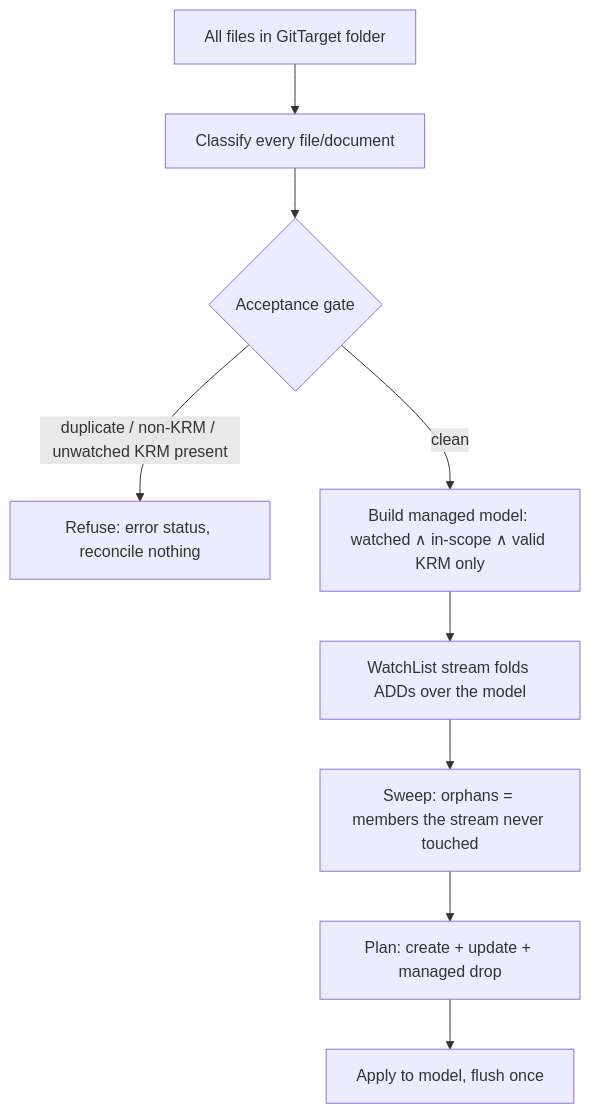
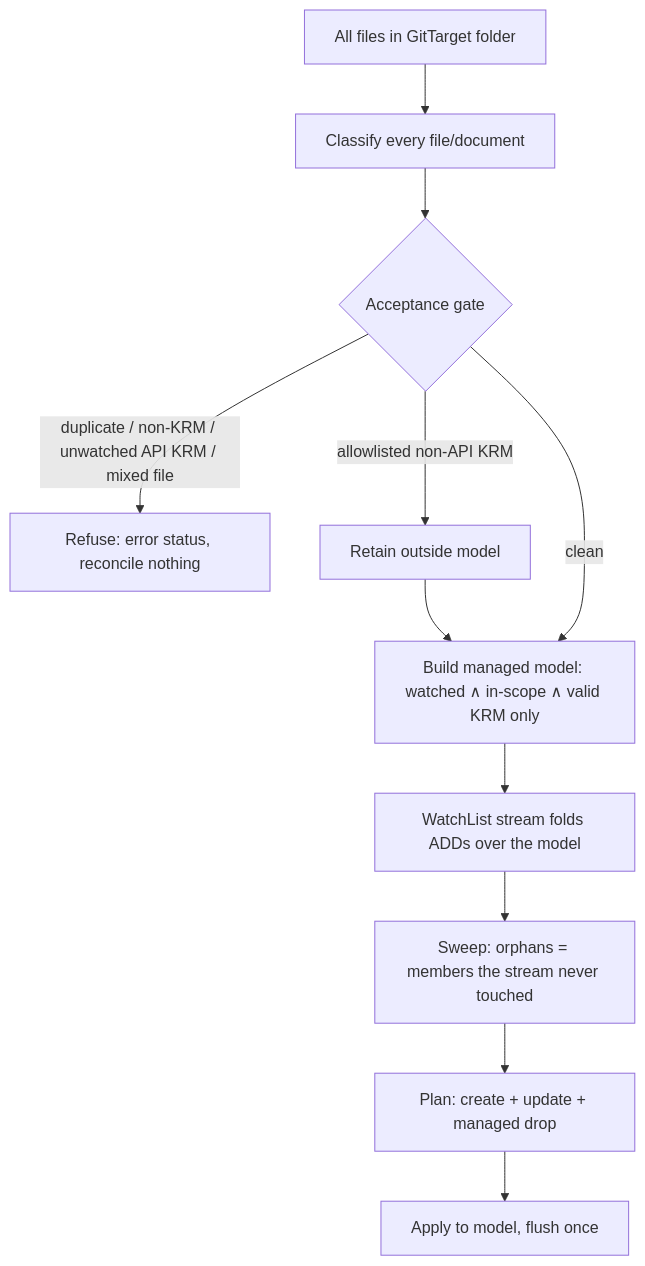
The diagram in docs/design/manifest/reconcile-via-watchlist-mark-and-sweep.md (ConfigButler/gitops-reverser), drawn with Mermaid before and after one commit. The commit also changed other lines of this file and 1 other file, not shown here.

````diff
--- a/docs/design/manifest/reconcile-via-watchlist-mark-and-sweep.md
+++ b/docs/design/manifest/reconcile-via-watchlist-mark-and-sweep.md
@@ -76,11 +75,13 @@
 ```mermaid
 flowchart TD
     A[All files in GitTarget folder] --> B[Classify every file/document]
     B --> C{Acceptance gate}
-    C -- duplicate / non-KRM / unwatched KRM present --> R[Refuse: error status, reconcile nothing]
+    C -- duplicate / non-KRM / unwatched API KRM / mixed file --> R[Refuse: error status, reconcile nothing]
+    C -- allowlisted non-API KRM --> X[Retain outside model]
+    X --> D
     C -- clean --> D[Build managed model: watched ∧ in-scope ∧ valid KRM only]
     D --> E[WatchList stream folds ADDs over the model]
     E --> F[Sweep: orphans = members the stream never touched]
     F --> G[Plan: create + update + managed drop]
     G --> H[Apply to model, flush once]
 ```
````
